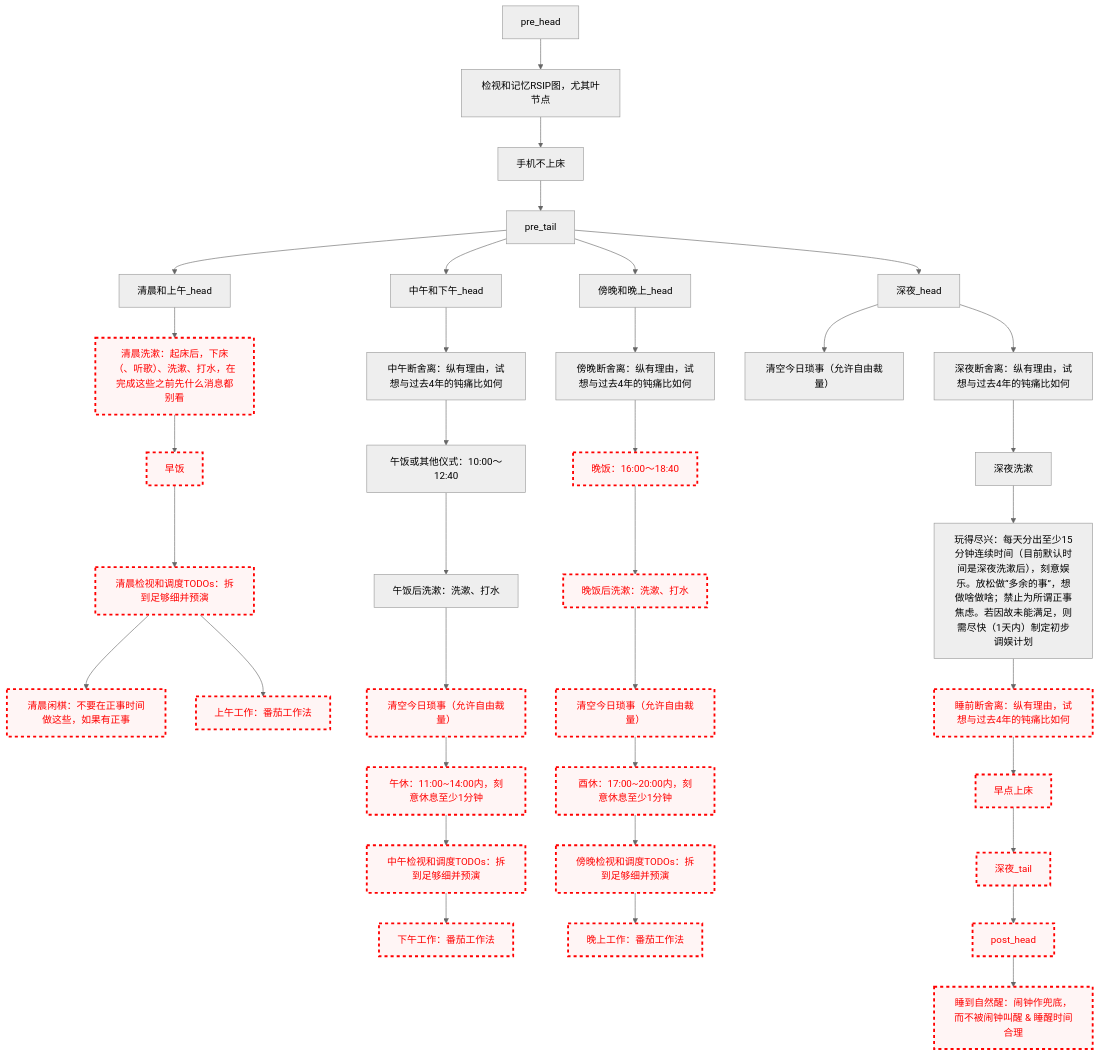
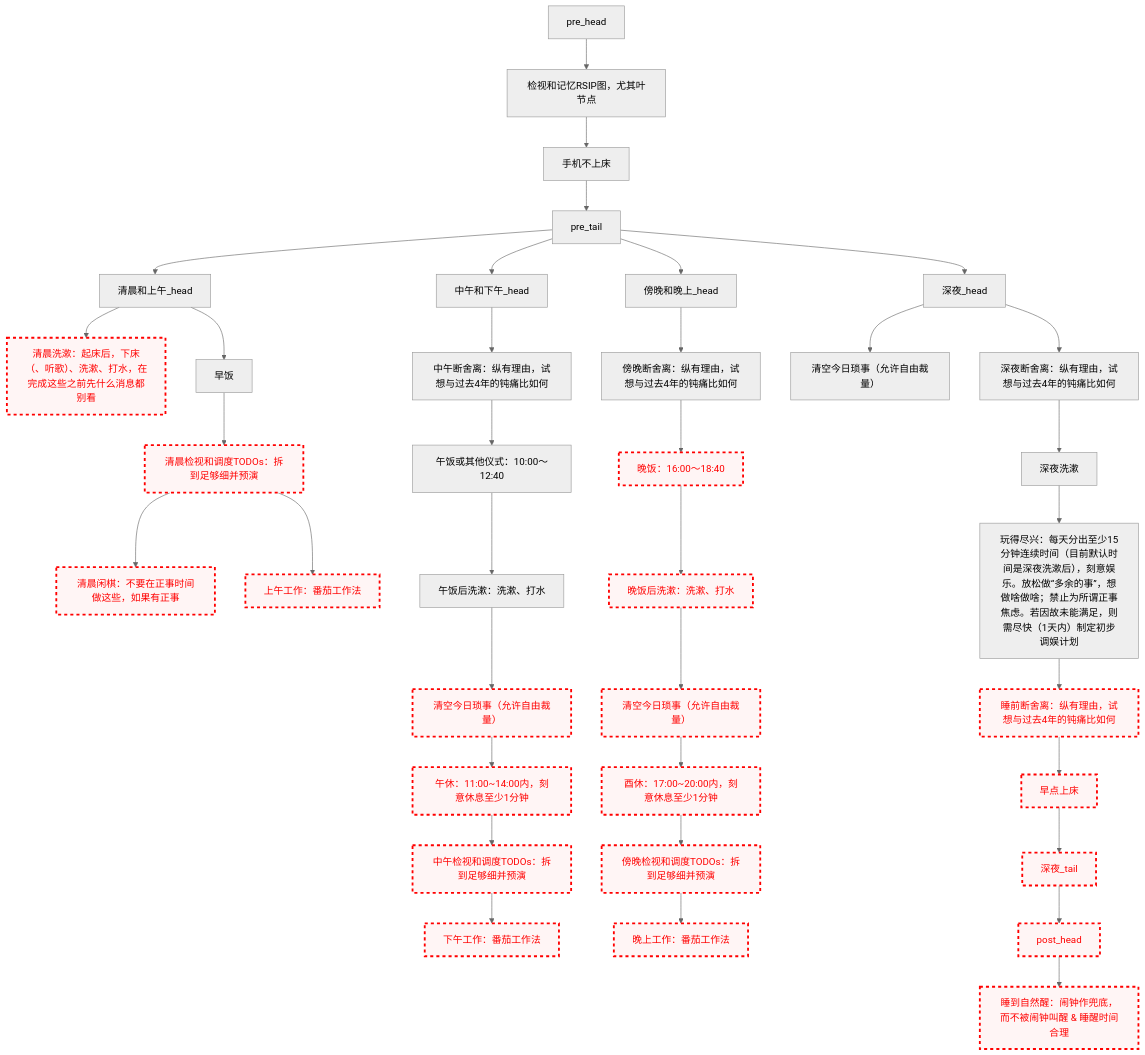
Before and after one commit to Ethkuil/RSIP-tree: the diagram in README.md, drawn with Mermaid (neutral theme).

Commit message:
enable 早饭

````diff
--- a/README.md
+++ b/README.md
@@ -21,69 +21,68 @@
 ```mermaid
 graph TD
 
 classDef failed stroke:#ff0000, stroke-width:3px, color:#ff0000, fill:#fff5f5, stroke-dasharray: 5
 
 pre_head --> RSIP[检视和记忆RSIP图，尤其叶节点]
 RSIP --> 手机不上床
 手机不上床 --> pre_tail
 
 
 pre_tail --> 清晨和上午_head
 清晨和上午_head --> 清晨洗漱
 清晨洗漱[清晨洗漱：起床后，下床（、听歌）、洗漱、打水，在完成这些之前先什么消息都别看]
 class 清晨洗漱 failed
-清晨洗漱 --> 早饭
-class 早饭 failed
+清晨和上午_head --> 早饭
 早饭 --> 清晨看TODO[清晨检视和调度TODOs：拆到足够细并预演]
 class 清晨看TODO failed
 清晨看TODO --> 清晨闲棋[清晨闲棋：不要在正事时间做这些，如果有正事]
 class 清晨闲棋 failed
 清晨看TODO --> 上午工作[上午工作：番茄工作法]
 class 上午工作 failed
 
 pre_tail --> 中午和下午_head
 中午和下午_head --> 中午断舍离[中午断舍离：纵有理由，试想与过去4年的钝痛比如何]
 中午断舍离 --> 午饭[午饭或其他仪式：10:00～12:40]
 午饭 --> 午饭后洗漱[午饭后洗漱：洗漱、打水]
 午饭后洗漱 --> 中午今日琐事[清空今日琐事（允许自由裁量）]
 class 中午今日琐事 failed
 中午今日琐事 --> 午休[午休：11:00~14:00内，刻意休息至少1分钟]
 class 午休 failed
 午休 --> 中午看TODO[中午检视和调度TODOs：拆到足够细并预演]
 class 中午看TODO failed
 中午看TODO --> 下午工作[下午工作：番茄工作法]
 class 下午工作 failed
 
 pre_tail --> 傍晚和晚上_head
 傍晚和晚上_head --> 傍晚断舍离[傍晚断舍离：纵有理由，试想与过去4年的钝痛比如何]
 傍晚断舍离 --> 晚饭[晚饭：16:00～18:40]
 class 晚饭 failed
 晚饭 --> 晚饭后洗漱[晚饭后洗漱：洗漱、打水]
 class 晚饭后洗漱 failed
 晚饭后洗漱 --> 傍晚今日琐事[清空今日琐事（允许自由裁量）]
 class 傍晚今日琐事 failed
 傍晚今日琐事 --> 酉休[酉休：17:00~20:00内，刻意休息至少1分钟]
 class 酉休 failed
 酉休 --> 傍晚看TODO[傍晚检视和调度TODOs：拆到足够细并预演]
 class 傍晚看TODO failed
 傍晚看TODO --> 晚上工作[晚上工作：番茄工作法]
 class 晚上工作 failed
 
 pre_tail --> 深夜_head
 深夜_head --> 深夜今日琐事[清空今日琐事（允许自由裁量）]
 深夜_head --> 深夜断舍离[深夜断舍离：纵有理由，试想与过去4年的钝痛比如何]
 深夜断舍离 --> 深夜洗漱
 深夜洗漱 --> 玩得尽兴[玩得尽兴：每天分出至少15分钟连续时间（目前默认时间是深夜洗漱后），刻意娱乐。放松做“多余的事”，想做啥做啥；禁止为所谓正事焦虑。若因故未能满足，则需尽快（1天内）制定初步调娱计划]
 玩得尽兴 --> 睡前断舍离[睡前断舍离：纵有理由，试想与过去4年的钝痛比如何]
 class 睡前断舍离 failed
 睡前断舍离 --> 早点上床
 class 早点上床 failed
 早点上床 --> 深夜_tail
 class 深夜_tail failed
 
 
 深夜_tail --> post_head
 class post_head failed
 post_head --> 睡到自然醒[睡到自然醒：闹钟作兜底，而不被闹钟叫醒 & 睡醒时间合理]
 class 睡到自然醒 failed
 ```
````
